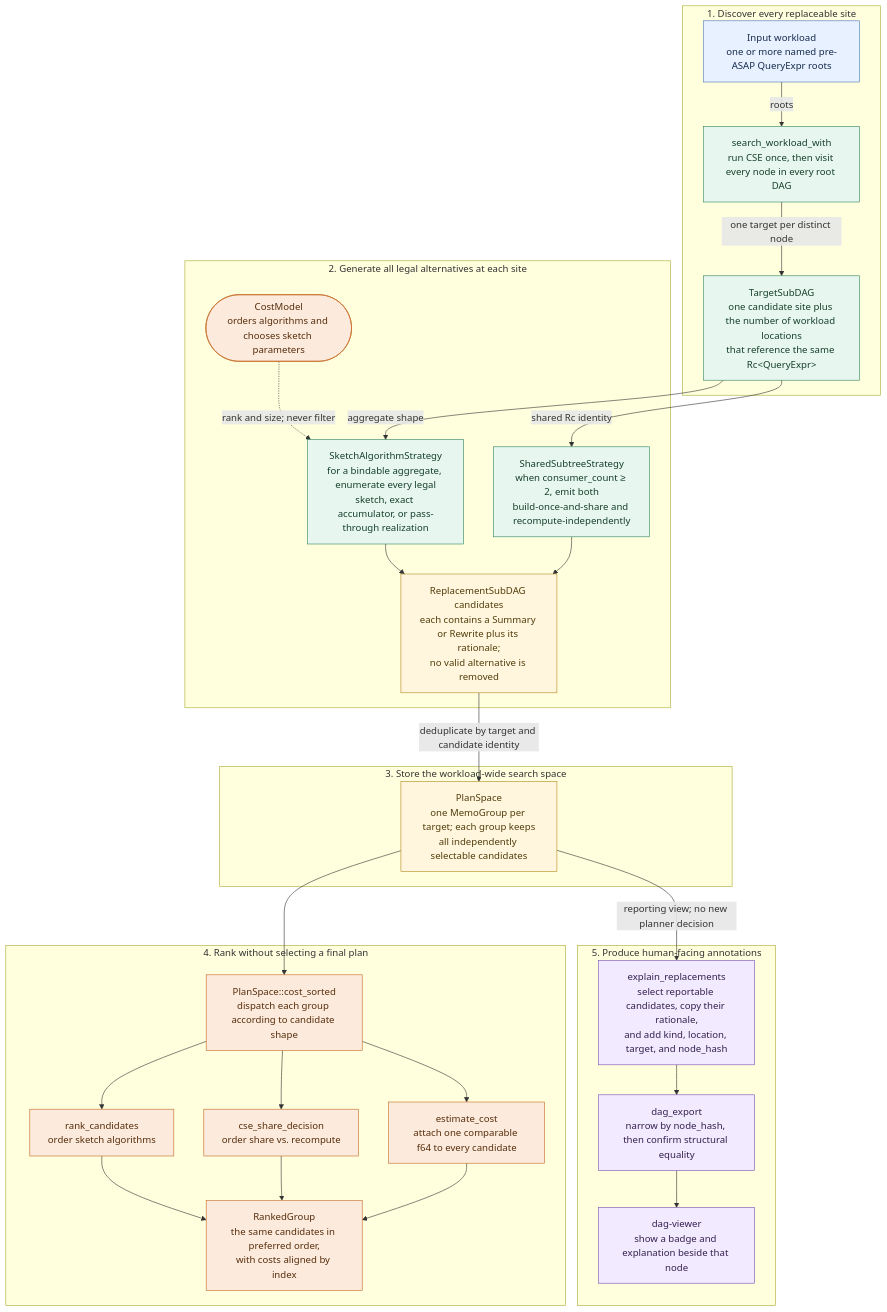
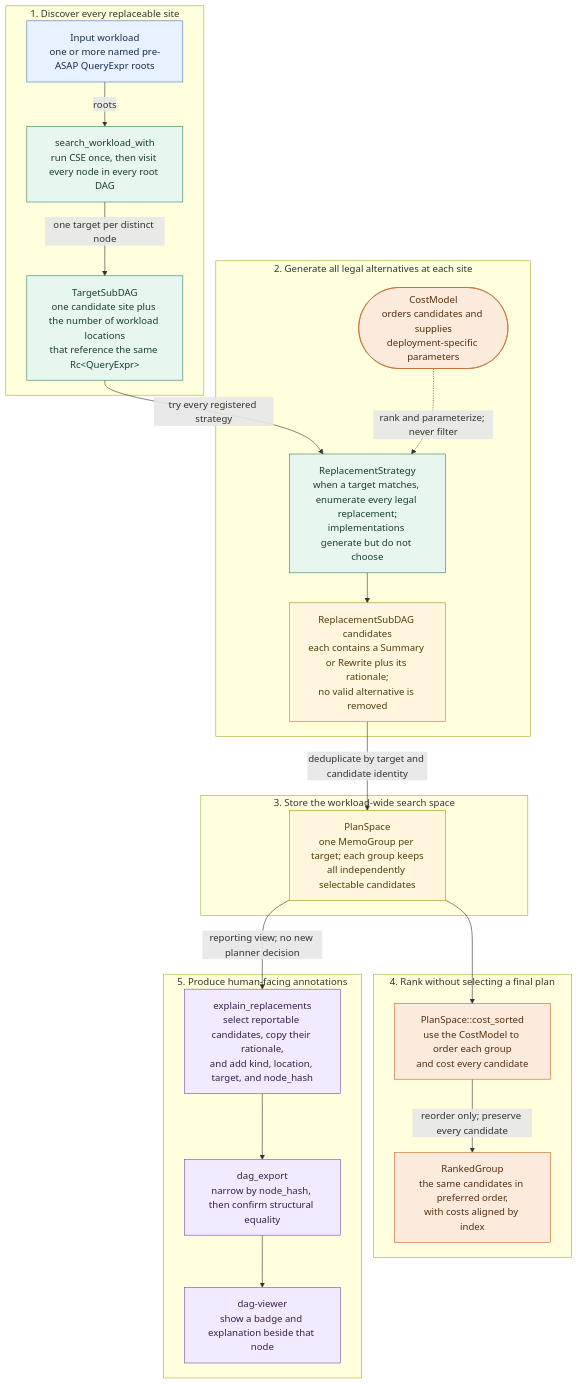
Before and after one commit to ProjectASAP/ASAPPlanner: the first of 6 diagrams in docs/developer_docs/ASAP-aware-mapping-developer-guide.md, drawn with Mermaid. The commit also changed other lines of this file, not shown here.

Commit message:
docs(mapping): simplify architecture strategy diagram

````diff
--- a/docs/developer_docs/ASAP-aware-mapping-developer-guide.md
+++ b/docs/developer_docs/ASAP-aware-mapping-developer-guide.md
@@ -48,49 +48,41 @@
 ```mermaid
 flowchart TB
   classDef input fill:#e8f1ff,stroke:#4b78b8,color:#172b4d
   classDef generate fill:#e7f7ef,stroke:#31835e,color:#173f2d
   classDef store fill:#fff6dd,stroke:#b78922,color:#513d0c
   classDef choose fill:#fcebdc,stroke:#c46a25,color:#572d0c
   classDef report fill:#f2eafe,stroke:#7950b3,color:#34204f
 
   subgraph DISCOVERY[1. Discover every replaceable site]
     WL["Input workload<br/>one or more named pre-ASAP QueryExpr roots"]:::input
     SEARCH["search_workload_with<br/>run CSE once, then visit every node in every root DAG"]:::generate
     TARGET["TargetSubDAG<br/>one candidate site plus the number of workload locations<br/>that reference the same Rc&lt;QueryExpr&gt;"]:::generate
     WL -->|"roots"| SEARCH -->|"one target per distinct node"| TARGET
   end
 
   subgraph GENERATION[2. Generate all legal alternatives at each site]
-    SKETCH["SketchAlgorithmStrategy<br/>for a bindable aggregate, enumerate every legal<br/>sketch, exact accumulator, or pass-through realization"]:::generate
-    SHARED["SharedSubtreeStrategy<br/>when consumer_count ≥ 2, emit both<br/>build-once-and-share and recompute-independently"]:::generate
+    STRATEGY["ReplacementStrategy<br/>when a target matches, enumerate every legal replacement;<br/>implementations generate but do not choose"]:::generate
     CAND["ReplacementSubDAG candidates<br/>each contains a Summary or Rewrite plus its rationale;<br/>no valid alternative is removed"]:::store
-    TARGET -->|"aggregate shape"| SKETCH --> CAND
-    TARGET -->|"shared Rc identity"| SHARED --> CAND
-    CM(["CostModel<br/>orders algorithms and chooses sketch parameters"]):::choose
-    CM -. "rank and size; never filter" .-> SKETCH
+    TARGET -->|"try every registered strategy"| STRATEGY --> CAND
+    CM(["CostModel<br/>orders candidates and supplies<br/>deployment-specific parameters"]):::choose
+    CM -. "rank and parameterize; never filter" .-> STRATEGY
   end
 
   subgraph SEARCHSPACE[3. Store the workload-wide search space]
     MEMO["PlanSpace<br/>one MemoGroup per target; each group keeps<br/>all independently selectable candidates"]:::store
     CAND -->|"deduplicate by target and candidate identity"| MEMO
   end
 
   subgraph RANKING[4. Rank without selecting a final plan]
-    SORT["PlanSpace::cost_sorted<br/>dispatch each group according to candidate shape"]:::choose
-    RANK["rank_candidates<br/>order sketch algorithms"]:::choose
-    CSE["cse_share_decision<br/>order share vs. recompute"]:::choose
-    COST["estimate_cost<br/>attach one comparable f64 to every candidate"]:::choose
+    SORT["PlanSpace::cost_sorted<br/>use the CostModel to order each group<br/>and cost every candidate"]:::choose
     GROUP["RankedGroup<br/>the same candidates in preferred order,<br/>with costs aligned by index"]:::choose
-    MEMO --> SORT
-    SORT --> RANK --> GROUP
-    SORT --> CSE --> GROUP
-    SORT --> COST --> GROUP
+    MEMO --> SORT -->|"reorder only; preserve every candidate"| GROUP
   end
 
   subgraph REPORTING[5. Produce human-facing annotations]
     EXPLAIN["explain_replacements<br/>select reportable candidates, copy their rationale,<br/>and add kind, location, target, and node_hash"]:::report
     EXPORT["dag_export<br/>narrow by node_hash, then confirm structural equality"]:::report
     VIEWER["dag-viewer<br/>show a badge and explanation beside that node"]:::report
     MEMO -->|"reporting view; no new planner decision"| EXPLAIN --> EXPORT --> VIEWER
   end
 ```
````
